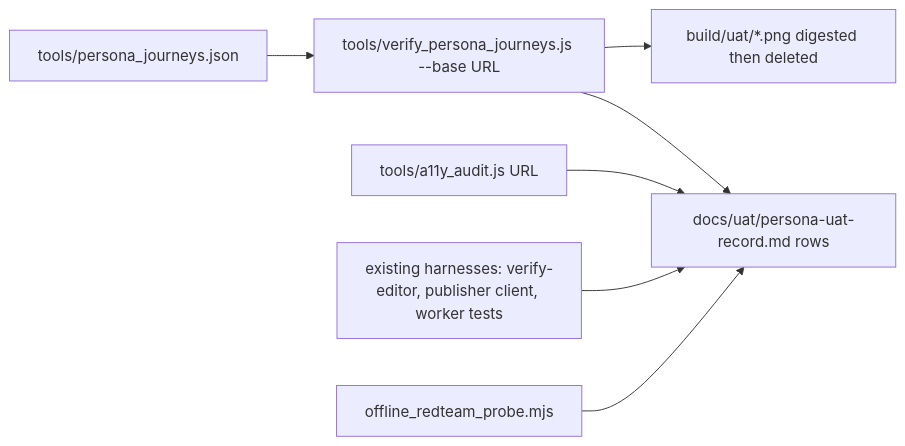
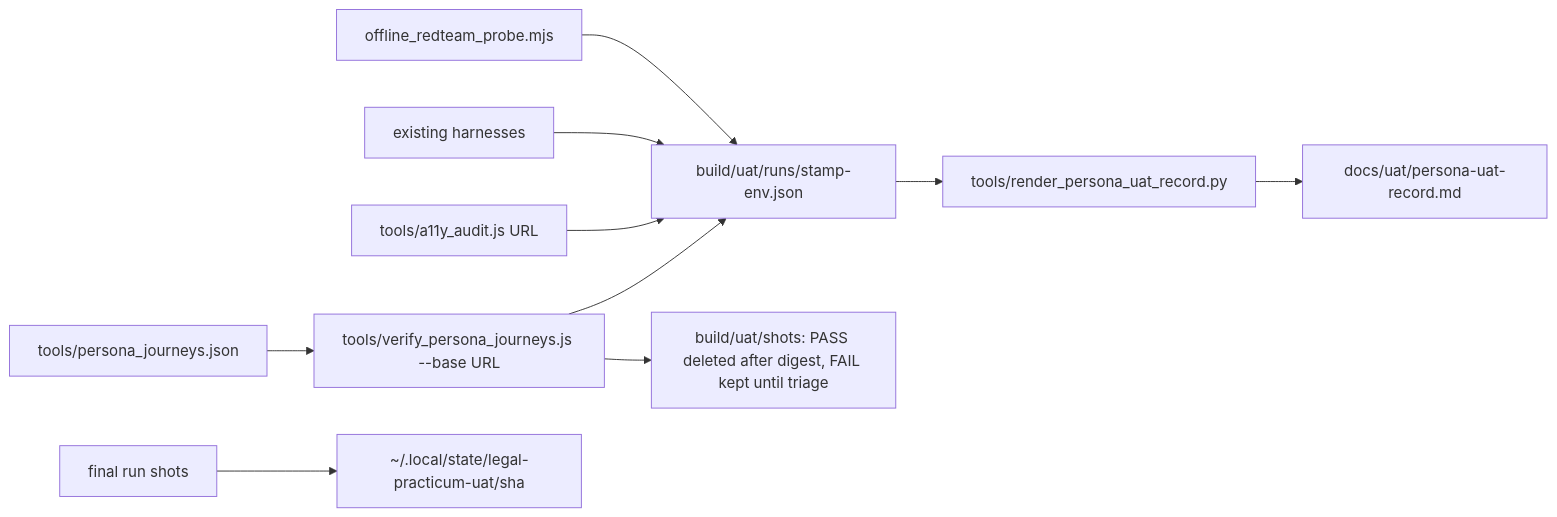
Before and after one commit to damienriehl/sonsteng-magnum-opus: the second of 2 diagrams in docs/plans/2026-09-02-1108-test-persona-uat-program-plan.md, drawn with Mermaid. The commit also changed other lines of this file, not shown here.

First line of the commit message:
docs(plan): resolve doc-review findings in the persona UAT plan

````diff
--- a/docs/plans/2026-09-02-1108-test-persona-uat-program-plan.md
+++ b/docs/plans/2026-09-02-1108-test-persona-uat-program-plan.md
@@ -199,9 +206,12 @@
 ```mermaid
 flowchart LR
   J[tools/persona_journeys.json] --> V[tools/verify_persona_journeys.js --base URL]
-  V --> SS[build/uat/*.png digested then deleted]
-  V --> REC[docs/uat/persona-uat-record.md rows]
-  A11[tools/a11y_audit.js URL] --> REC
-  H[existing harnesses: verify-editor, publisher client, worker tests] --> REC
-  RB[offline_redteam_probe.mjs] --> REC
+  V --> RUN[build/uat/runs/stamp-env.json]
+  V --> SS[build/uat/shots: PASS deleted after digest, FAIL kept until triage]
+  A11[tools/a11y_audit.js URL] --> RUN
+  H[existing harnesses] --> RUN
+  RB[offline_redteam_probe.mjs] --> RUN
+  RUN --> REN[tools/render_persona_uat_record.py]
+  REN --> REC[docs/uat/persona-uat-record.md]
+  F[final run shots] --> ST[~/.local/state/legal-practicum-uat/sha]
 ```
````
